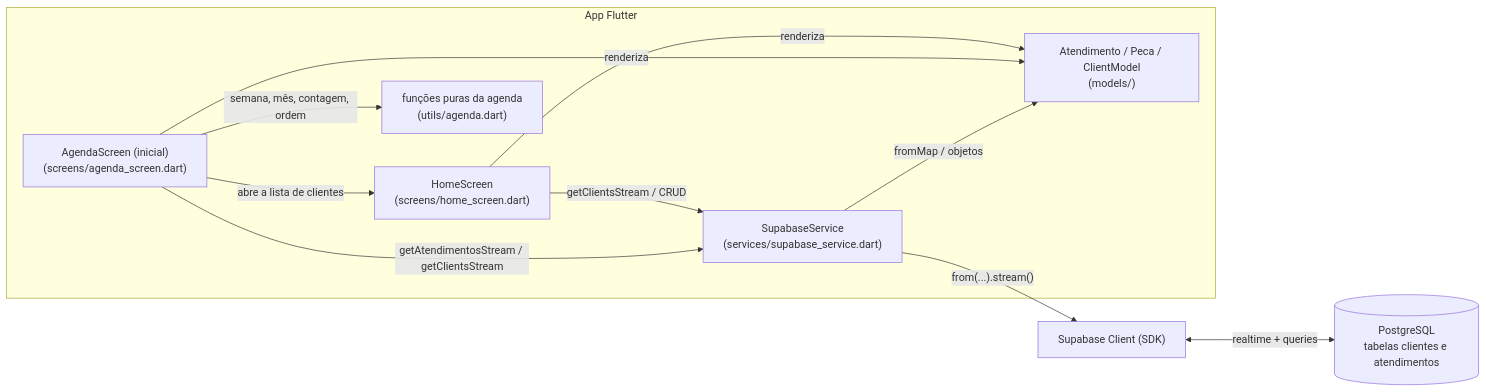
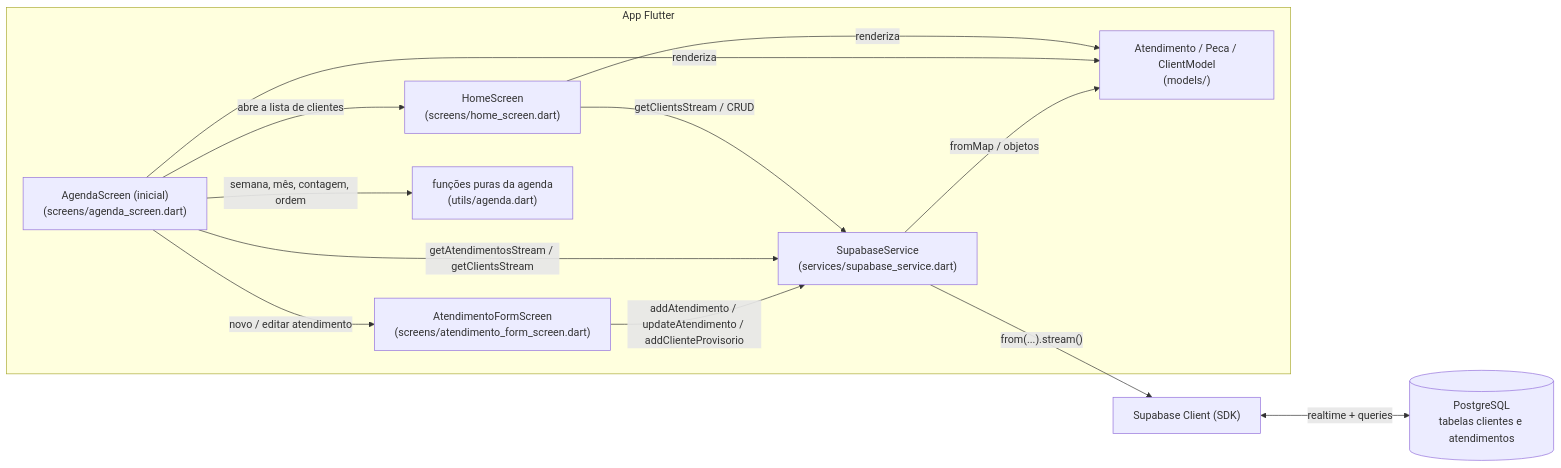
One commit to WilsonGorosthides/sgc_msclean changed the diagram in docs/arquitetura.md. Above: the diagram before and after it, drawn with Mermaid. The commit also changed other lines of this file and 1 other file, not shown here.

First line of the commit message:
docs(arquitetura): formulario de atendimento na arvore e no diagrama, escrita sem schema novo e cliente provisorio (RF-005)

````diff
--- a/docs/arquitetura.md
+++ b/docs/arquitetura.md
@@ -114,22 +117,25 @@
 ```mermaid
 flowchart LR
     subgraph App["App Flutter"]
         Agenda["AgendaScreen (inicial)<br/>(screens/agenda_screen.dart)"]
+        Form["AtendimentoFormScreen<br/>(screens/atendimento_form_screen.dart)"]
         Home["HomeScreen<br/>(screens/home_screen.dart)"]
         Utils["funções puras da agenda<br/>(utils/agenda.dart)"]
         Service["SupabaseService<br/>(services/supabase_service.dart)"]
         Model["Atendimento / Peca / ClientModel<br/>(models/)"]
     end
     Client["Supabase Client (SDK)"]
     DB[("PostgreSQL<br/>tabelas clientes e atendimentos")]
 
     Agenda -->|"abre a lista de clientes"| Home
+    Agenda -->|"novo / editar atendimento"| Form
+    Form -->|"addAtendimento / updateAtendimento / addClienteProvisorio"| Service
     Agenda -->|"getAtendimentosStream / getClientsStream"| Service
     Agenda -->|"semana, mês, contagem, ordem"| Utils
     Home -->|"getClientsStream / CRUD"| Service
     Service -->|"fromMap / objetos"| Model
     Agenda -->|"renderiza"| Model
     Home -->|"renderiza"| Model
     Service -->|"from(...).stream()"| Client
     Client <-->|"realtime + queries"| DB
 ```
````
